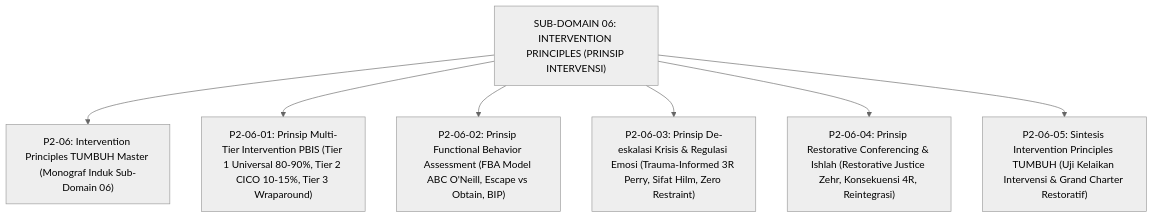
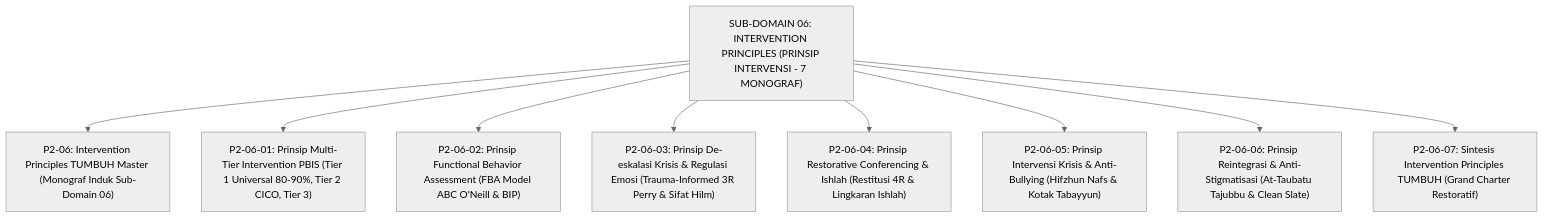
Before and after one commit to wandiapriliyandi/tumbuh: the diagram in 02 Principles/06 Intervention Principles/README.md, drawn with Mermaid (neutral theme). The commit also changed other lines of this file and 32 other files, not shown here.

Commit message:
feat(principles): expand organically Domain 02 Principles with non-uniform deep monographs (62 files total, max 10/sub-domain)

````diff
--- a/02 Principles/06 Intervention Principles/README.md
+++ b/02 Principles/06 Intervention Principles/README.md
@@ -14,11 +14,13 @@
 ```mermaid
 graph TD
-    Intervention["SUB-DOMAIN 06: INTERVENTION PRINCIPLES (PRINSIP INTERVENSI)"]
+    Intervention["SUB-DOMAIN 06: INTERVENTION PRINCIPLES (PRINSIP INTERVENSI - 7 MONOGRAF)"]
     
     Intervention --> Master["P2-06: Intervention Principles TUMBUH Master (Monograf Induk Sub-Domain 06)"]
-    Intervention --> M1["P2-06-01: Prinsip Multi-Tier Intervention PBIS (Tier 1 Universal 80-90%, Tier 2 CICO 10-15%, Tier 3 Wraparound)"]
-    Intervention --> M2["P2-06-02: Prinsip Functional Behavior Assessment (FBA Model ABC O'Neill, Escape vs Obtain, BIP)"]
-    Intervention --> M3["P2-06-03: Prinsip De-eskalasi Krisis & Regulasi Emosi (Trauma-Informed 3R Perry, Sifat Hilm, Zero Restraint)"]
-    Intervention --> M4["P2-06-04: Prinsip Restorative Conferencing & Ishlah (Restorative Justice Zehr, Konsekuensi 4R, Reintegrasi)"]
-    Intervention --> M5["P2-06-05: Sintesis Intervention Principles TUMBUH (Uji Kelaikan Intervensi & Grand Charter Restoratif)"]
+    Intervention --> M1["P2-06-01: Prinsip Multi-Tier Intervention PBIS (Tier 1 Universal 80-90%, Tier 2 CICO, Tier 3)"]
+    Intervention --> M2["P2-06-02: Prinsip Functional Behavior Assessment (FBA Model ABC O'Neill & BIP)"]
+    Intervention --> M3["P2-06-03: Prinsip De-eskalasi Krisis & Regulasi Emosi (Trauma-Informed 3R Perry & Sifat Hilm)"]
+    Intervention --> M4["P2-06-04: Prinsip Restorative Conferencing & Ishlah (Restitusi 4R & Lingkaran Ishlah)"]
+    Intervention --> M5["P2-06-05: Prinsip Intervensi Krisis & Anti-Bullying (Hifzhun Nafs & Kotak Tabayyun)"]
+    Intervention --> M6["P2-06-06: Prinsip Reintegrasi & Anti-Stigmatisasi (At-Taubatu Tajubbu & Clean Slate)"]
+    Intervention --> M7["P2-06-07: Sintesis Intervention Principles TUMBUH (Grand Charter Restoratif)"]
 ```
````
